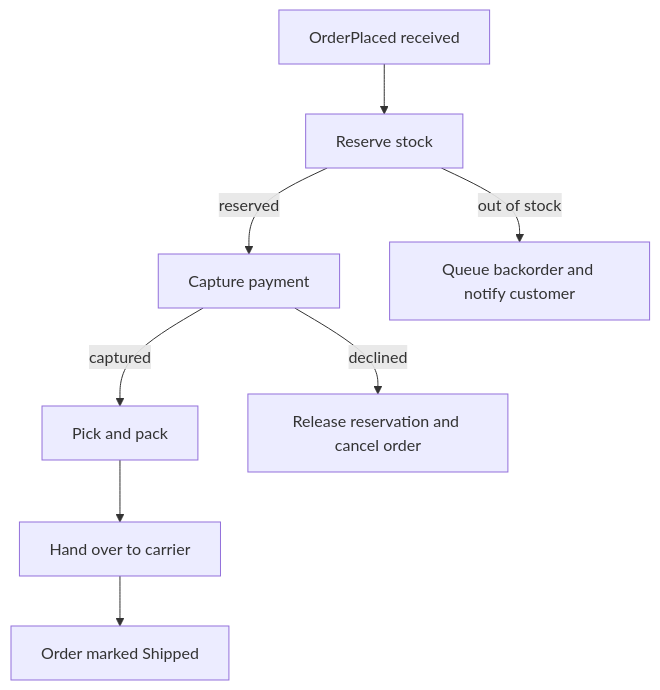
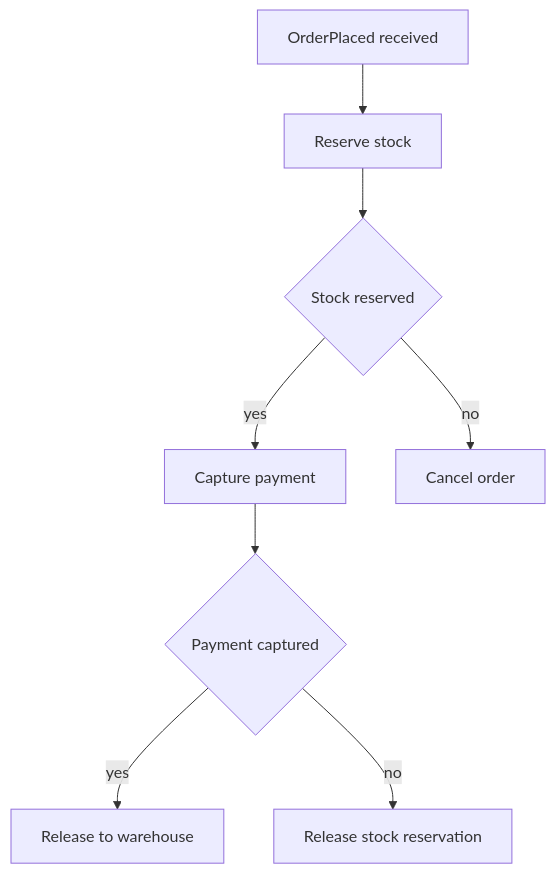
Before and after one commit to agent-ix/spec-objects-business: the first of 3 diagrams in spec_objects_business/skeletons/process.md, drawn with Mermaid. The commit also changed other lines of this file and 90 other files, not shown here.

First line of the commit message:
feat: emit typed declaration schemas and make every skeleton executable

````diff
--- a/spec_objects_business/skeletons/process.md
+++ b/spec_objects_business/skeletons/process.md
@@ -27,10 +60,10 @@
 ```mermaid
 flowchart TD
-    Placed[OrderPlaced received] --> Reserve[Reserve stock]
-    Reserve -->|reserved| Capture[Capture payment]
-    Reserve -->|out of stock| Backorder[Queue backorder and notify customer]
-    Capture -->|captured| Pick[Pick and pack]
-    Capture -->|declined| Release[Release reservation and cancel order]
-    Pick --> Ship[Hand over to carrier]
-    Ship --> Done[Order marked Shipped]
+    A[OrderPlaced received] --> B[Reserve stock]
+    B --> C{Stock reserved}
+    C -- yes --> D[Capture payment]
+    C -- no --> E[Cancel order]
+    D --> F{Payment captured}
+    F -- yes --> G[Release to warehouse]
+    F -- no --> H[Release stock reservation]
 ```
````
